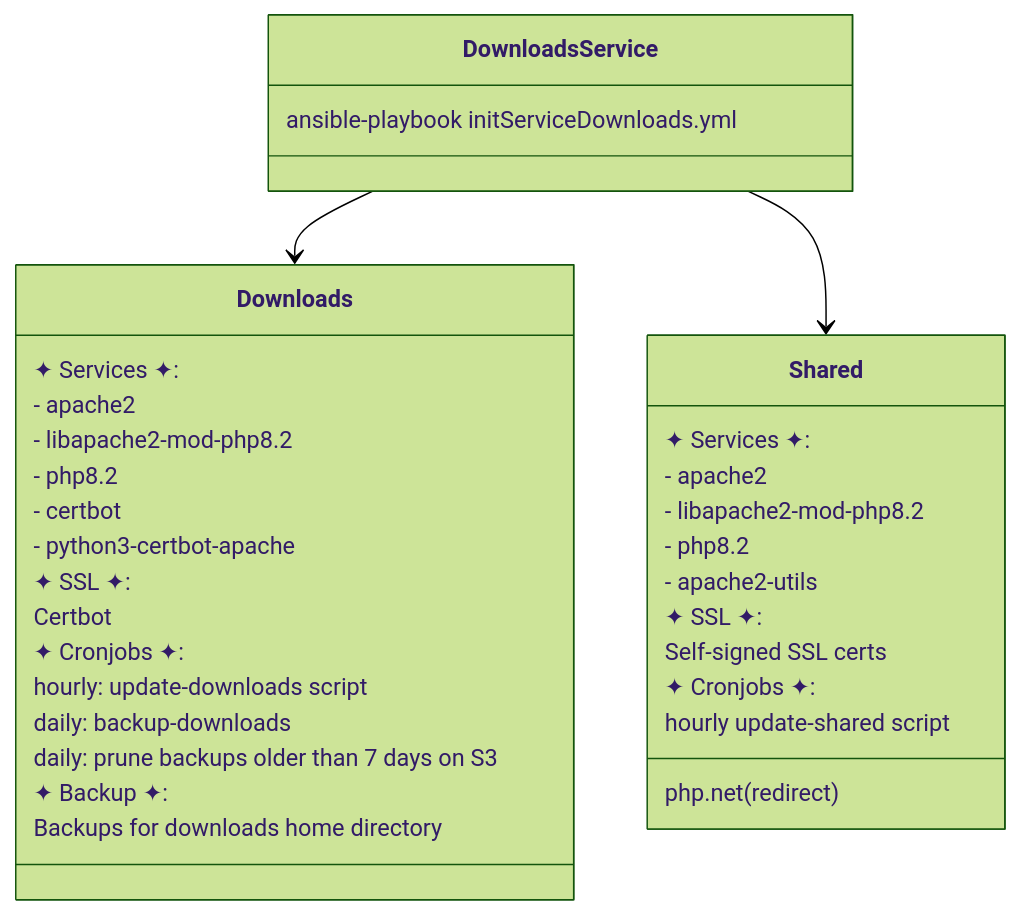
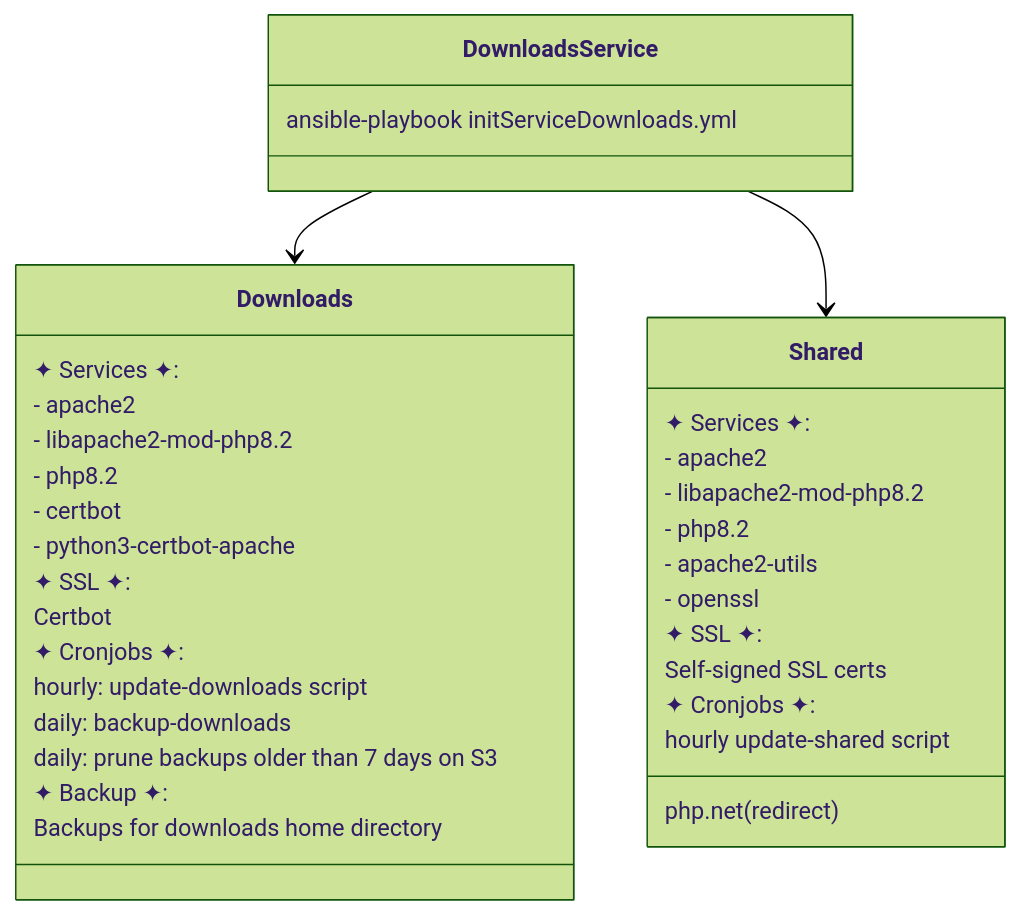
Before and after one commit to neighbourhoodie/stf-php-ansible: the third of 5 diagrams in Services.md, drawn with Mermaid (forest theme). The commit also changed other lines of this file, not shown here.

````diff
--- a/Services.md
+++ b/Services.md
@@ -89,40 +89,41 @@
 ```mermaid
 classDiagram
   class DownloadsService { ansible-playbook initServiceDownloads.yml }
   class Downloads {
     ✦ Services ✦: 
     - apache2
     - libapache2-mod-php8.2
     - php8.2
     - certbot
     - python3-certbot-apache
 
     ✦ SSL ✦:
     Certbot
 
     ✦ Cronjobs ✦:
     hourly: update-downloads script
     daily: backup-downloads
     daily: prune backups older than 7 days on S3
 
     ✦ Backup ✦:
     Backups for downloads home directory
   }
   class Shared {
     ✦ Services ✦:
     - apache2
     - libapache2-mod-php8.2
     - php8.2
     - apache2-utils
+    - openssl
 
     ✦ SSL ✦:
     Self-signed SSL certs
 
     ✦ Cronjobs ✦:
     hourly update-shared script
     php.net(redirect)
   }
 
   DownloadsService --> Downloads 
   DownloadsService --> Shared 
 ```
````
